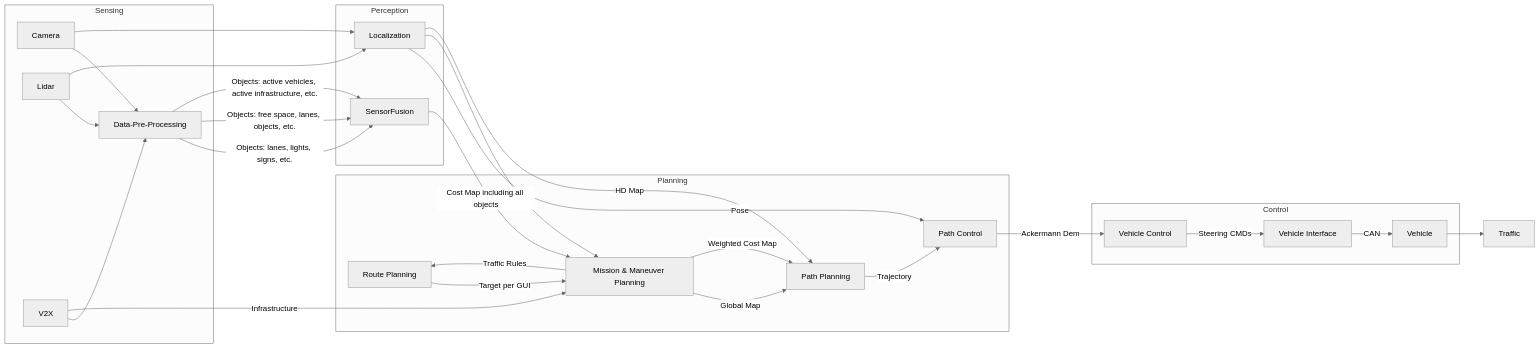
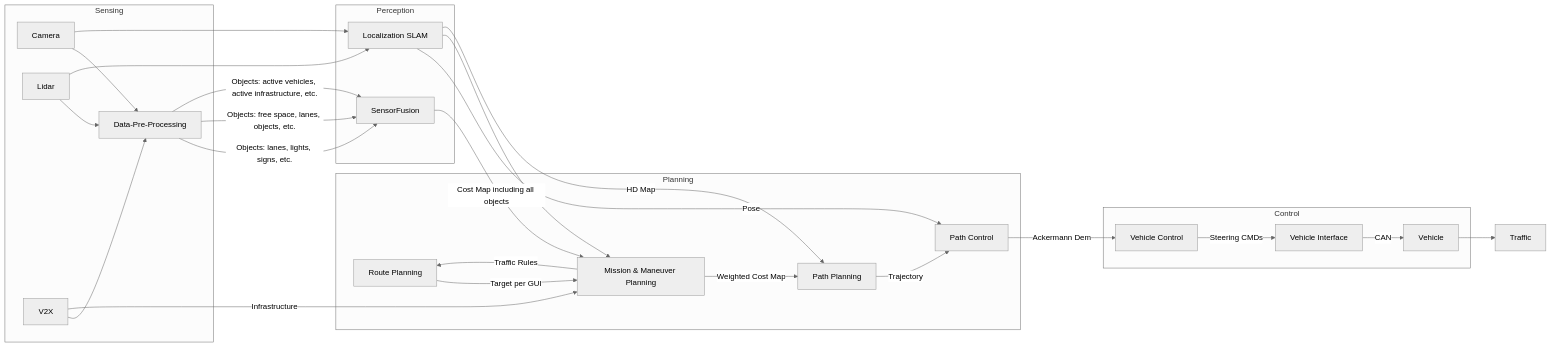
One commit to RUB-AVAI/race-car-buggy-busters changed the diagram in docs/architecture.md. Above: the diagram before and after it, drawn with Mermaid (neutral theme). The commit also changed other lines of this file, not shown here.

Commit message:
base architecture

````diff
--- a/docs/architecture.md
+++ b/docs/architecture.md
@@ -1,43 +7,41 @@
 ``` mermaid
 graph LR
     RoutePlanning[Route Planning] -->|Target per GUI| MissionManeuver[Mission & Maneuver Planning]
 
     subgraph Planning
       MissionManeuver -->|Traffic Rules| RoutePlanning
-      MissionManeuver -->|Global Map| PathPlanning[Path Planning]
+      MissionManeuver -->|Weighted Cost Map| PathPlanning[Path Planning]
       PathPlanning -->|Trajectory| PathControl[Path Control]
     end
 
     subgraph Control
       PathControl -->|Ackermann Dem| VehicleControl[Vehicle Control]
       VehicleControl -->|Steering CMDs| VehicleInterface[Vehicle Interface]
       VehicleInterface -->|CAN| Vehicle[Vehicle]
     end 
     Vehicle --> Traffic[Traffic]
 
-    Localization -->|Pose| PathControl
+    Localization[Localization SLAM] -->|Pose| PathControl
     Localization --> MissionManeuver
 
     SensorDataProcessor[Data-Pre-Processing] -->|Objects: lanes, lights, signs, etc.| SensorFusion
     SensorDataProcessor -->|Objects: free space, lanes, objects, etc.| SensorFusion
     SensorDataProcessor -->|Objects: active vehicles, active infrastructure, etc.| SensorFusion
-
     SensorFusion -->|Cost Map including all objects| MissionManeuver
-    MissionManeuver -->|Weighted Cost Map| PathPlanning
 
     subgraph Perception
       Localization
       SensorFusion
     end
 
     subgraph Sensing
       Camera --> SensorDataProcessor
       Lidar --> SensorDataProcessor
       V2X --> SensorDataProcessor
     end  
     Camera --> Localization
     Lidar --> Localization
     V2X --> |Infrastructure| MissionManeuver
     
     Localization -->|HD Map| PathPlanning
 ```
````
